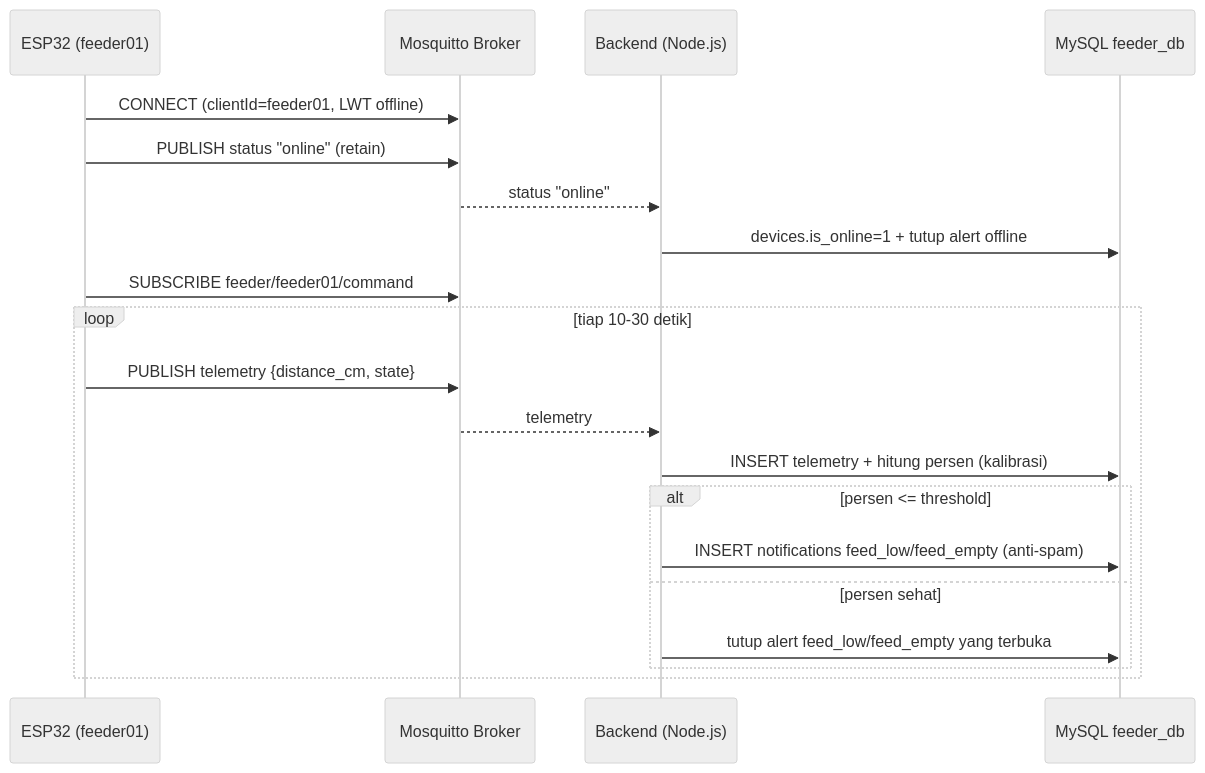
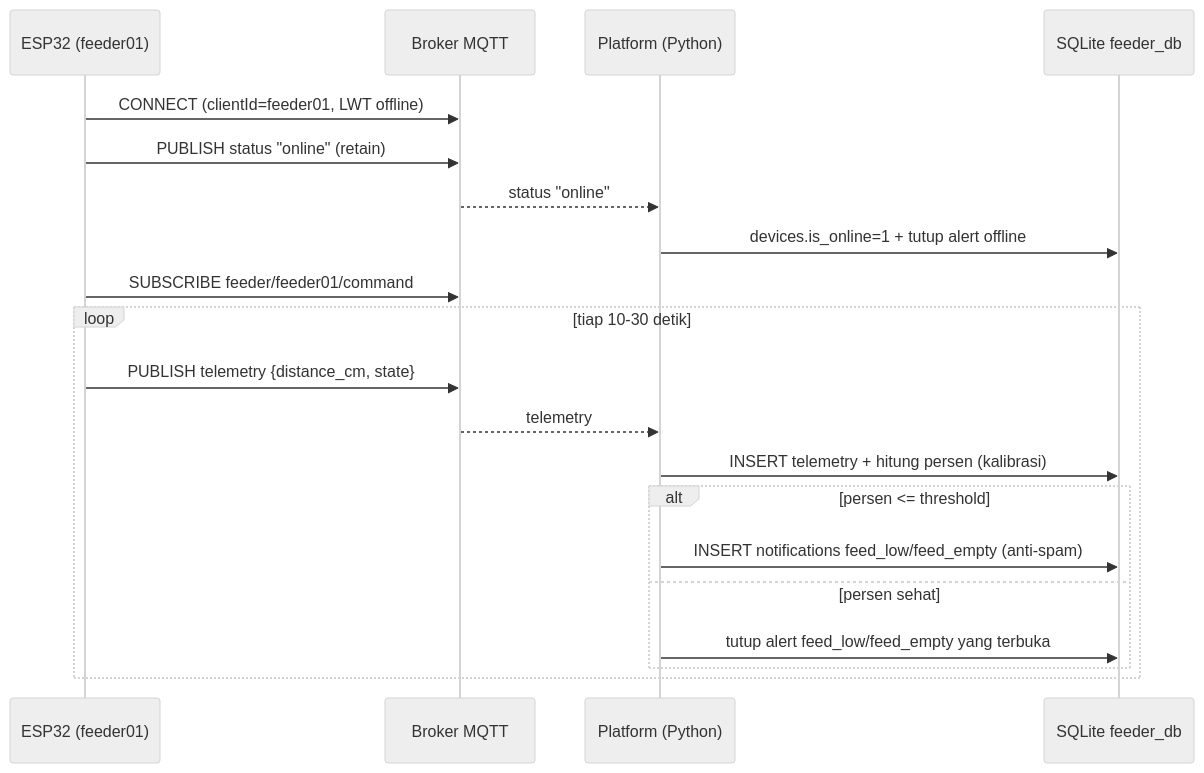
Before and after one commit to ayurahmaw/fish-feeder: the first of 3 diagrams in DEVICE_PROTOCOL.md, drawn with Mermaid (neutral theme). The commit also changed other lines of this file and 34 other files, not shown here.

````diff
--- a/DEVICE_PROTOCOL.md
+++ b/DEVICE_PROTOCOL.md
@@ -97,24 +103,24 @@
 ```mermaid
 sequenceDiagram
     participant D as ESP32 (feeder01)
-    participant B as Mosquitto Broker
-    participant P as Backend (Node.js)
-    participant DB as MySQL feeder_db
+    participant B as Broker MQTT
+    participant P as Platform (Python)
+    participant DB as SQLite feeder_db
 
     D->>B: CONNECT (clientId=feeder01, LWT offline)
     D->>B: PUBLISH status "online" (retain)
     B-->>P: status "online"
     P->>DB: devices.is_online=1 + tutup alert offline
     D->>B: SUBSCRIBE feeder/feeder01/command
 
     loop tiap 10-30 detik
         D->>B: PUBLISH telemetry {distance_cm, state}
         B-->>P: telemetry
         P->>DB: INSERT telemetry + hitung persen (kalibrasi)
         alt persen <= threshold
             P->>DB: INSERT notifications feed_low/feed_empty (anti-spam)
         else persen sehat
             P->>DB: tutup alert feed_low/feed_empty yang terbuka
         end
     end
 ```
````
